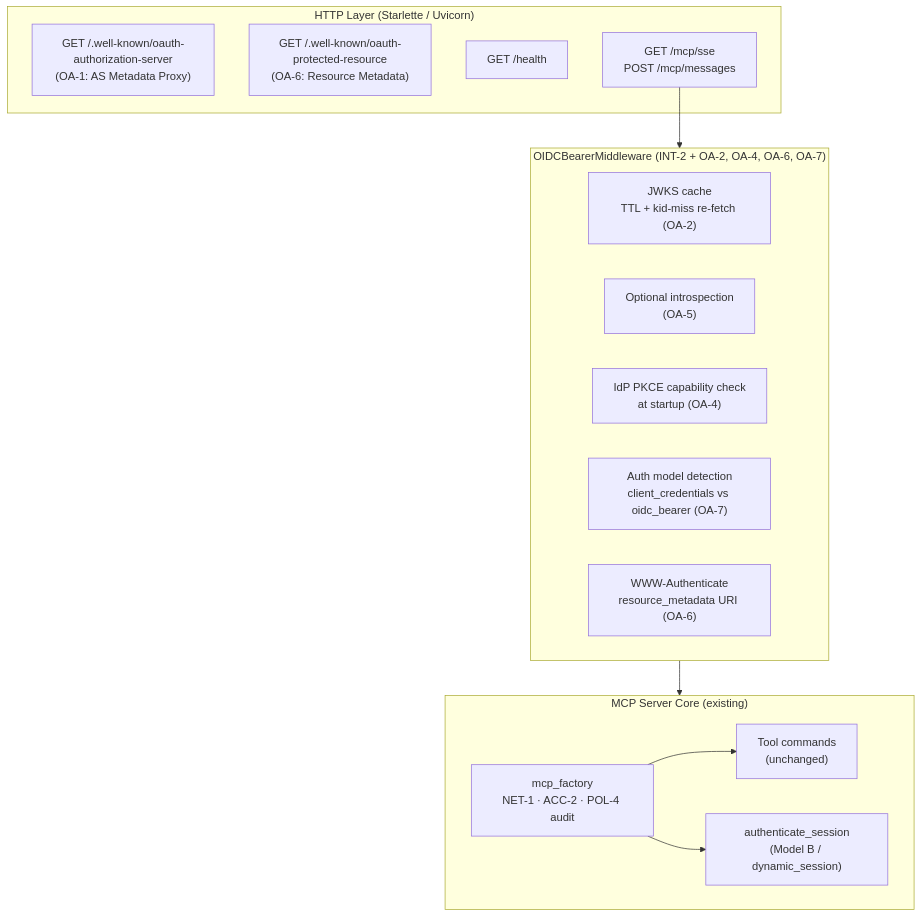
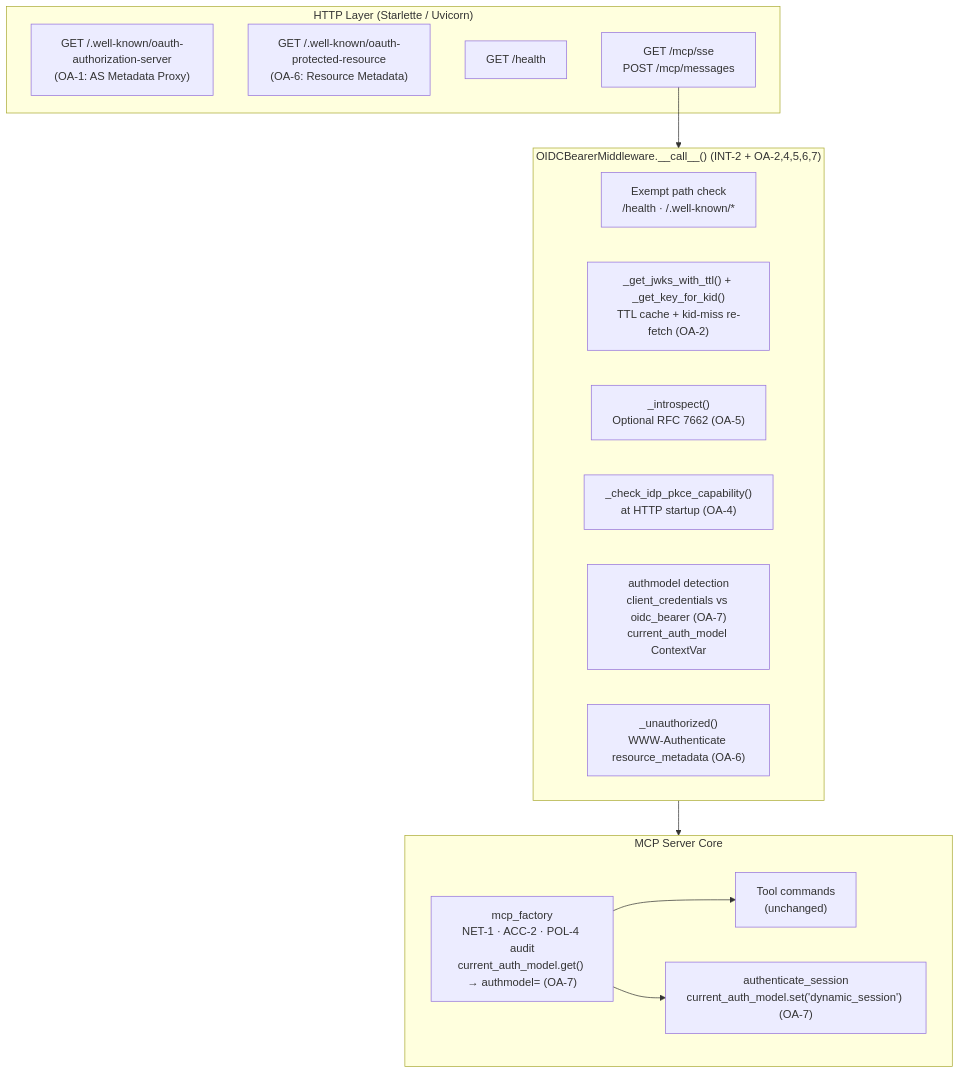
One commit to albee-jhoney/storage-protect-mcp-server changed the fifth of 6 diagrams in docs/design/security-oauth2.md. Above: the diagram before and after it, drawn with Mermaid. The commit also changed other lines of this file and 10 other files, not shown here.

````diff
--- a/docs/design/security-oauth2.md
+++ b/docs/design/security-oauth2.md
@@ -308,29 +316,29 @@
 ```mermaid
 flowchart TD
     subgraph HTTP["HTTP Layer (Starlette / Uvicorn)"]
         WK1["GET /.well-known/oauth-authorization-server\n(OA-1: AS Metadata Proxy)"]
         WK2["GET /.well-known/oauth-protected-resource\n(OA-6: Resource Metadata)"]
         HEALTH["GET /health"]
         SSE["GET /mcp/sse\nPOST /mcp/messages"]
     end
 
-    subgraph MW["OIDCBearerMiddleware (INT-2 + OA-2, OA-4, OA-6, OA-7)"]
-        JWKS["JWKS cache\nTTL + kid-miss re-fetch (OA-2)"]
-        INTROS["Optional introspection\n(OA-5)"]
-        PKCE_CHK["IdP PKCE capability check\nat startup (OA-4)"]
-        AUTH_MODEL["Auth model detection\nclient_credentials vs oidc_bearer (OA-7)"]
-        WWW_AUTH["WWW-Authenticate\nresource_metadata URI (OA-6)"]
+    subgraph MW["OIDCBearerMiddleware.__call__() (INT-2 + OA-2,4,5,6,7)"]
+        EXEMPT["Exempt path check\n/health · /.well-known/*"]
+        JWKS["_get_jwks_with_ttl() + _get_key_for_kid()\nTTL cache + kid-miss re-fetch (OA-2)"]
+        INTROS["_introspect()\nOptional RFC 7662 (OA-5)"]
+        PKCE_CHK["_check_idp_pkce_capability()\nat HTTP startup (OA-4)"]
+        AUTH_MODEL["authmodel detection\nclient_credentials vs oidc_bearer (OA-7)\ncurrent_auth_model ContextVar"]
+        WWW_AUTH["_unauthorized()\nWWW-Authenticate resource_metadata (OA-6)"]
     end
 
-    subgraph CORE["MCP Server Core (existing)"]
-        FACTORY["mcp_factory\nNET-1 · ACC-2 · POL-4 audit"]
-        DYNAUTH["authenticate_session\n(Model B / dynamic_session)"]
+    subgraph CORE["MCP Server Core"]
+        FACTORY["mcp_factory\nNET-1 · ACC-2 · POL-4 audit\ncurrent_auth_model.get() → authmodel= (OA-7)"]
+        DYNAUTH["authenticate_session\ncurrent_auth_model.set('dynamic_session') (OA-7)"]
         TOOLS["Tool commands\n(unchanged)"]
     end
 
     SSE --> MW
     MW --> CORE
     FACTORY --> TOOLS
     FACTORY --> DYNAUTH
-
 ```
````
